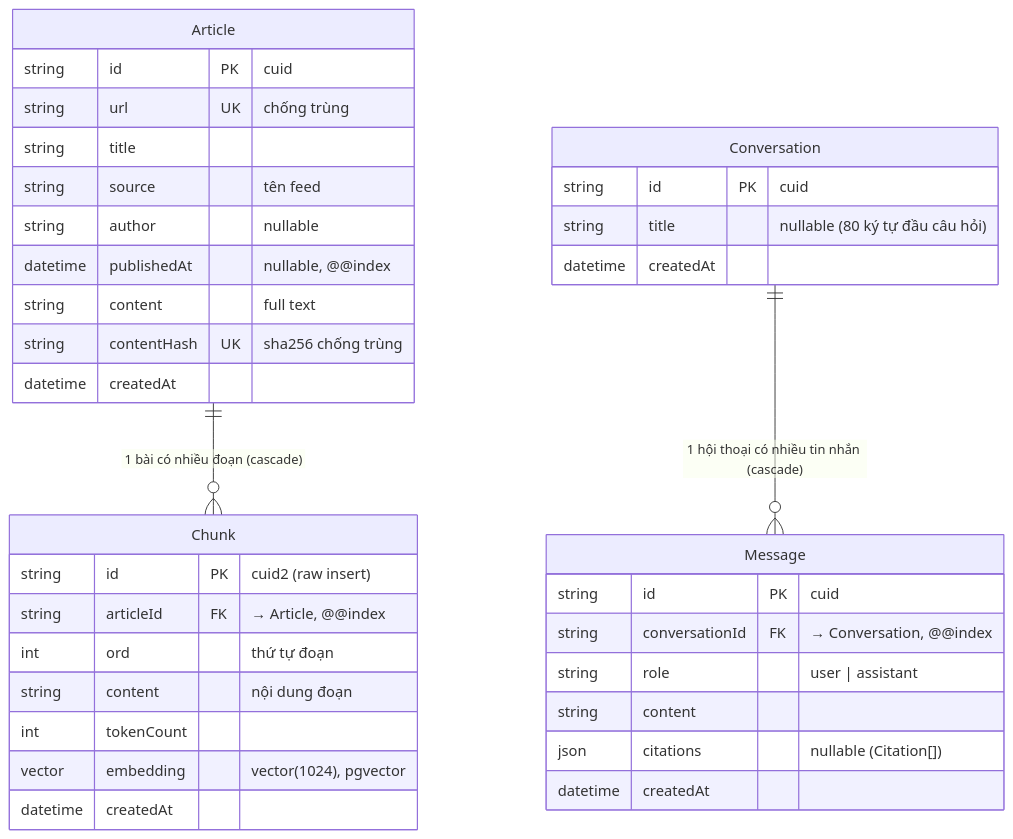
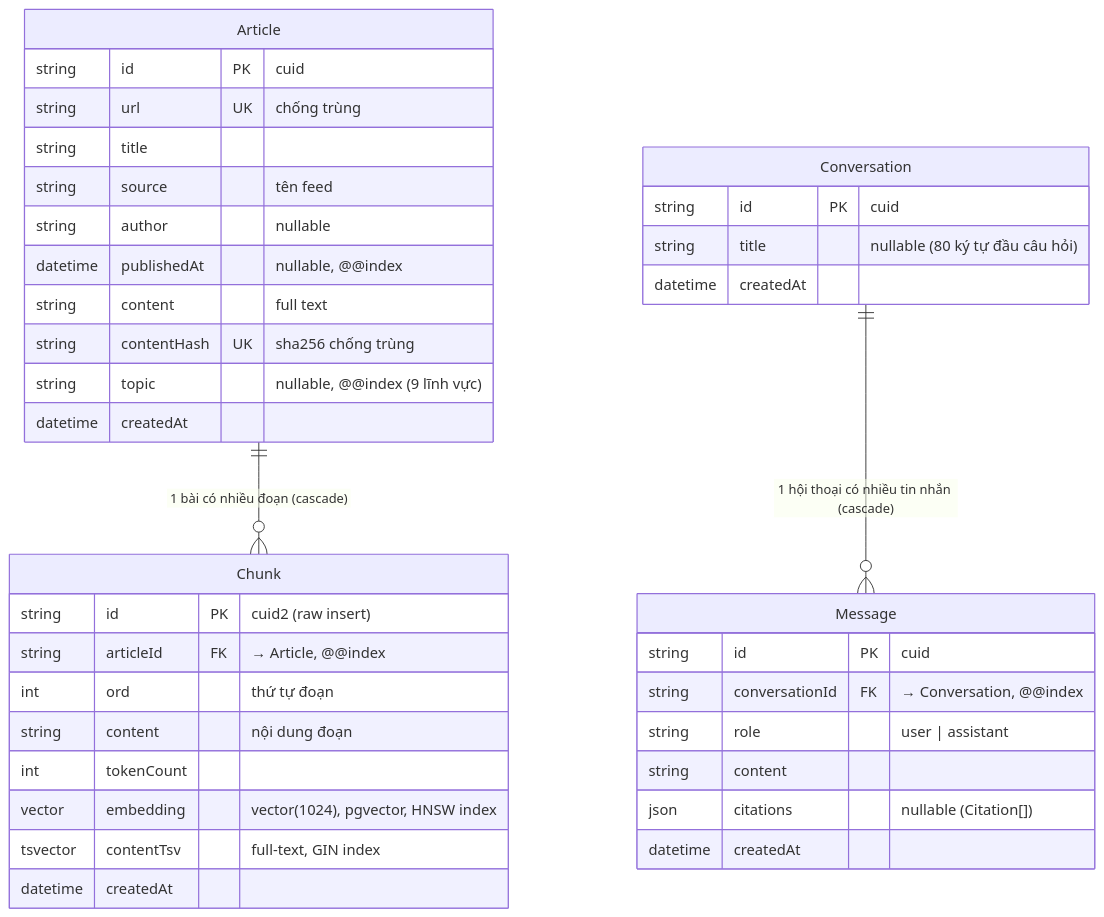
Before and after one commit to NguyenDinhNam28803/chat_QA: the fourth of 4 diagrams in README.md, drawn with Mermaid. The commit also changed other lines of this file and 36 other files, not shown here.

````diff
--- a/README.md
+++ b/README.md
@@ -176,39 +198,41 @@
 ```mermaid
 erDiagram
     Article ||--o{ Chunk : "1 bài có nhiều đoạn (cascade)"
     Conversation ||--o{ Message : "1 hội thoại có nhiều tin nhắn (cascade)"
 
     Article {
         string id PK "cuid"
         string url UK "chống trùng"
         string title
         string source "tên feed"
         string author "nullable"
         datetime publishedAt "nullable, @@index"
         string content "full text"
         string contentHash UK "sha256 chống trùng"
+        string topic "nullable, @@index (9 lĩnh vực)"
         datetime createdAt
     }
     Chunk {
         string id PK "cuid2 (raw insert)"
         string articleId FK "→ Article, @@index"
         int ord "thứ tự đoạn"
         string content "nội dung đoạn"
         int tokenCount
-        vector embedding "vector(1024), pgvector"
+        vector embedding "vector(1024), pgvector, HNSW index"
+        tsvector contentTsv "full-text, GIN index"
         datetime createdAt
     }
     Conversation {
         string id PK "cuid"
         string title "nullable (80 ký tự đầu câu hỏi)"
         datetime createdAt
     }
     Message {
         string id PK "cuid"
         string conversationId FK "→ Conversation, @@index"
         string role "user | assistant"
         string content
         json citations "nullable (Citation[])"
         datetime createdAt
     }
 ```
````
